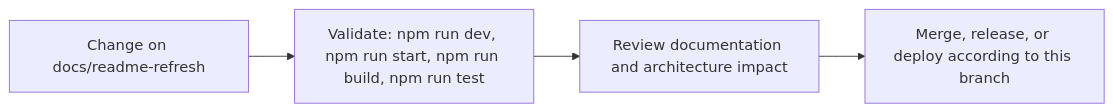
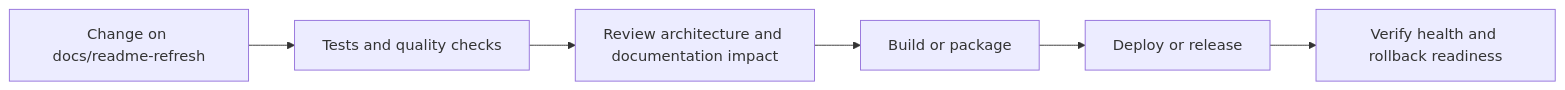
Before and after one commit to Nischhalsubba/Neverwinter-combatlog: the sixth of 7 diagrams in README.md, drawn with Mermaid. The commit also changed other lines of this file, not shown here.

````diff
--- a/README.md
+++ b/README.md
@@ -71,8 +178,8 @@
 ```mermaid
 flowchart LR
-    CHANGE["Change on docs/readme-refresh"]
-    CHECK["Validate: npm run dev, npm run start, npm run build, npm run test"]
-    REVIEW["Review documentation and architecture impact"]
-    RELEASE["Merge, release, or deploy according to this branch"]
-    CHANGE --> CHECK --> REVIEW --> RELEASE
+    CHANGE["Change on docs/readme-refresh"] --> CHECK["Tests and quality checks"]
+    CHECK --> REVIEW["Review architecture and documentation impact"]
+    REVIEW --> BUILD["Build or package"]
+    BUILD --> DEPLOY["Deploy or release"]
+    DEPLOY --> VERIFY["Verify health and rollback readiness"]
 ```
````
